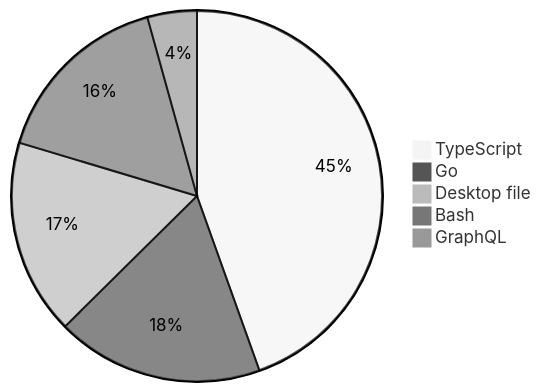
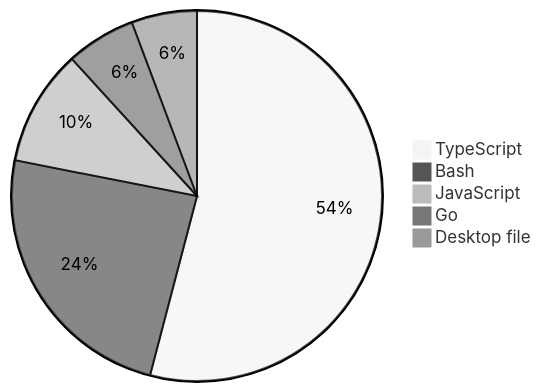
One commit to skvggor/skvggor changed the diagram in README.md. Above: the diagram before and after it, drawn with Mermaid (neutral theme).

Commit message:
Updated waka-readme graph with new metrics

````diff
--- a/README.md
+++ b/README.md
@@ -16,8 +16,8 @@
 ```mermaid
 pie
-    "TypeScript" : 44.4
-    "Go" : 18.0
-    "Desktop file" : 17.0
-    "Bash" : 16.0
-    "GraphQL" : 4.3
+    "TypeScript" : 46.4
+    "Bash" : 20.6
+    "JavaScript" : 8.7
+    "Go" : 5.2
+    "Desktop file" : 4.9
 ```
````
